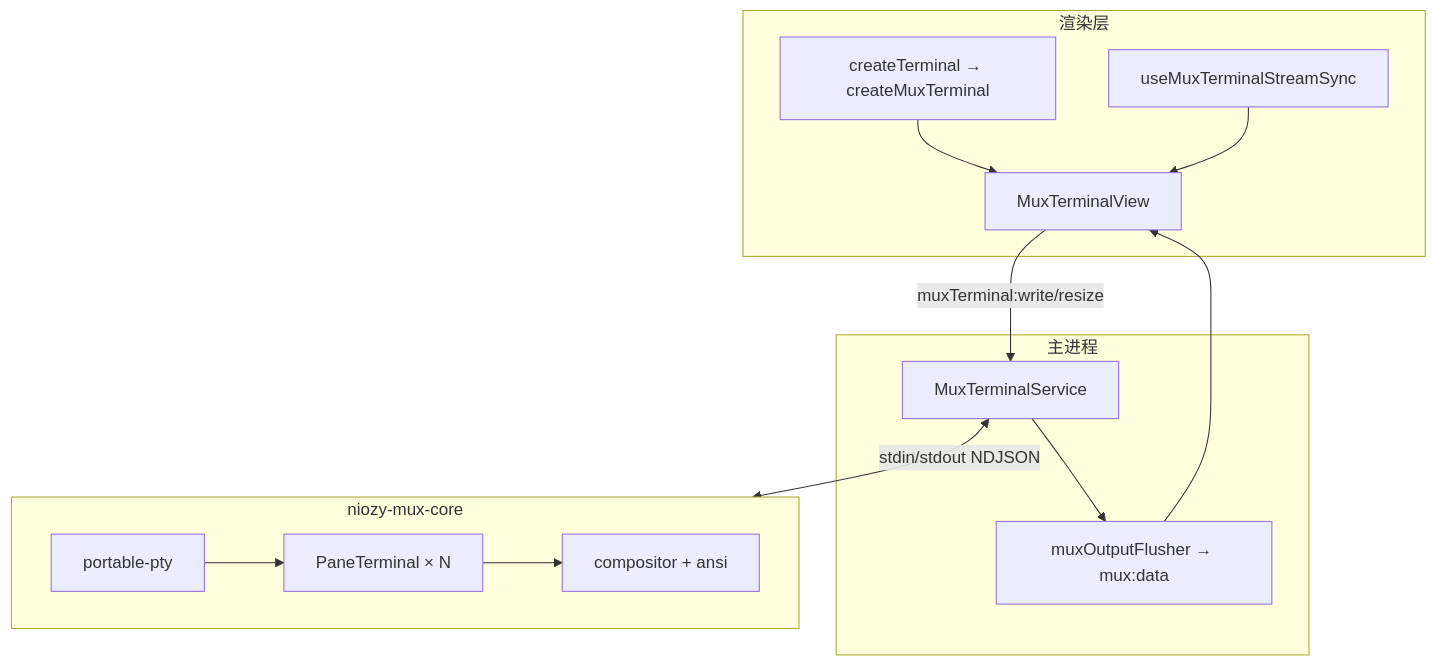
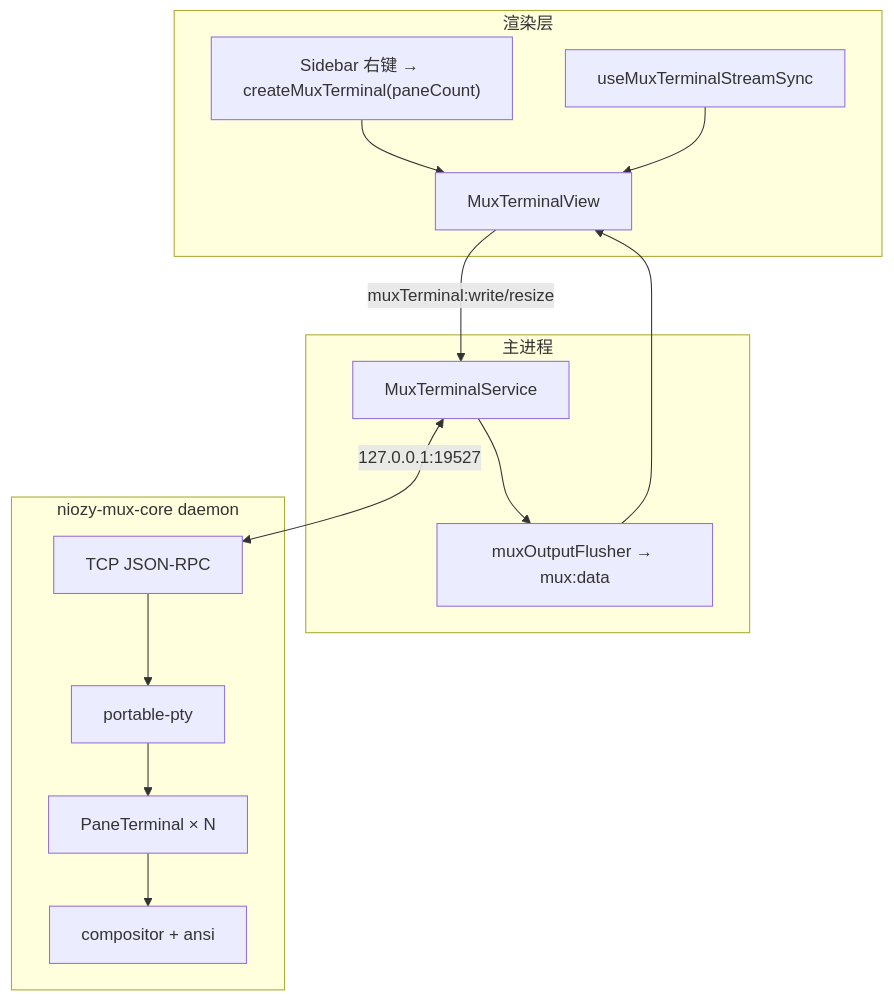
Before and after one commit to Landers1037/NioZy: the first of 3 diagrams in docs/功能Mux终端.md, drawn with Mermaid. The commit also changed other lines of this file and 48 other files, not shown here.

First line of the commit message:
feat(mux): 改用 TCP JSON-RPC 守护进程并完善分屏交互

````diff
--- a/docs/功能Mux终端.md
+++ b/docs/功能Mux终端.md
@@ -38,27 +38,28 @@
 ```mermaid
 flowchart TB
   subgraph Renderer["渲染层"]
-    Actions["createTerminal → createMuxTerminal"]
+    Actions["Sidebar 右键 → createMuxTerminal(paneCount)"]
     View["MuxTerminalView"]
     Sync["useMuxTerminalStreamSync"]
     Actions --> View
     Sync --> View
   end
 
   subgraph Main["主进程"]
     MS["MuxTerminalService"]
     Flush["muxOutputFlusher → mux:data"]
     MS --> Flush
   end
 
-  subgraph Rust["niozy-mux-core"]
+  subgraph Daemon["niozy-mux-core daemon"]
+    Rpc["TCP JSON-RPC"]
     PTY["portable-pty"]
     VT["PaneTerminal × N"]
     Comp["compositor + ansi"]
-    PTY --> VT --> Comp
+    Rpc --> PTY --> VT --> Comp
   end
 
   View -->|"muxTerminal:write/resize"| MS
-  MS <-->|"stdin/stdout NDJSON"| Rust
+  MS <-->|"127.0.0.1:19527"| Rpc
   Flush --> View
 ```
````
